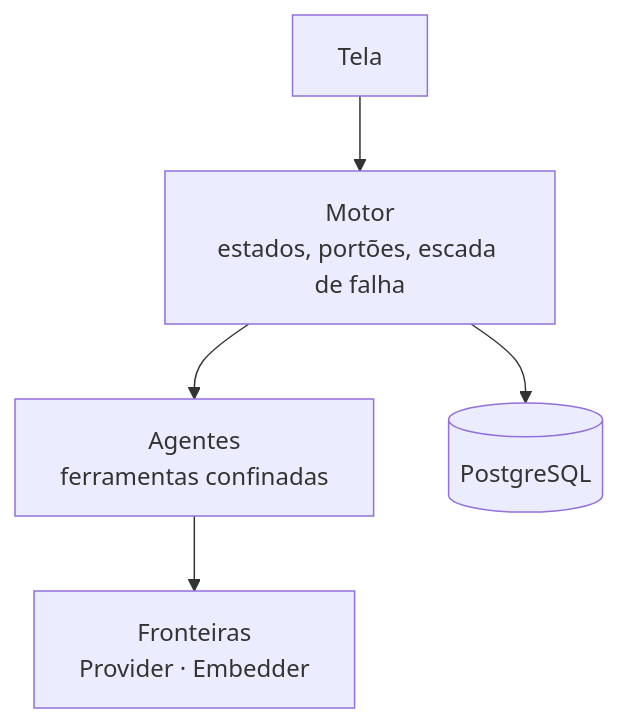
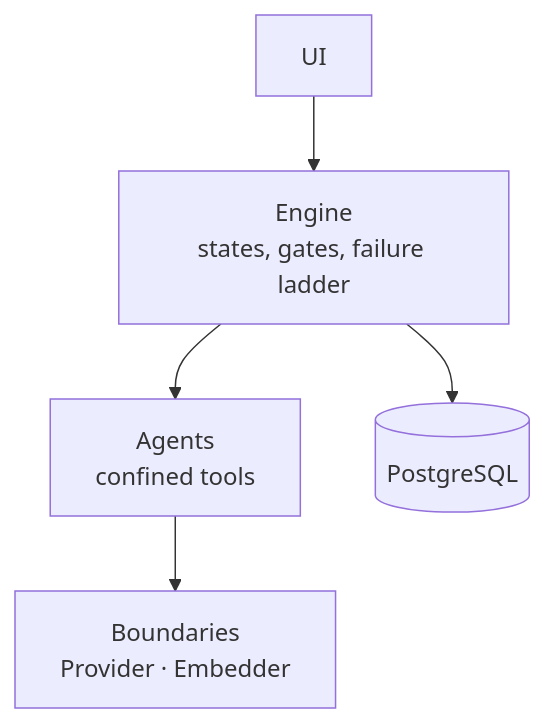
One commit to enzoconsulo/factory-tcc changed the diagram in docs/tasks/en/E1-planning-and-architecture/FAB-103-design-the-architecture.md. Above: the diagram before and after it, drawn with Mermaid. The commit also changed other lines of this file and 52 other files, not shown here.

````diff
--- a/docs/tasks/en/E1-planning-and-architecture/FAB-103-design-the-architecture.md
+++ b/docs/tasks/en/E1-planning-and-architecture/FAB-103-design-the-architecture.md
@@ -11,7 +11,7 @@
 ```mermaid
 flowchart TB
-  UI["Tela"] --> ENG["Motor<br/>estados, portões, escada de falha"]
-  ENG --> AG["Agentes<br/>ferramentas confinadas"]
-  AG --> B["Fronteiras<br/>Provider · Embedder"]
+  UI["UI"] --> ENG["Engine<br/>states, gates, failure ladder"]
+  ENG --> AG["Agents<br/>confined tools"]
+  AG --> B["Boundaries<br/>Provider · Embedder"]
   ENG --> DB[("PostgreSQL")]
 ```
````
